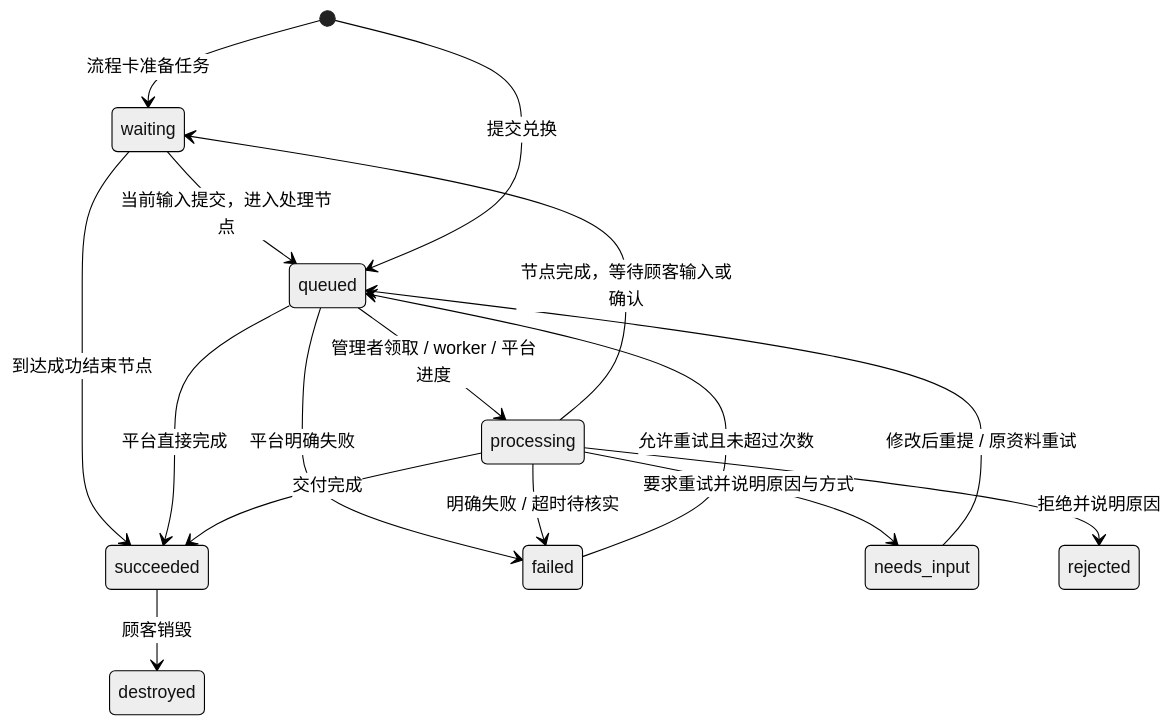
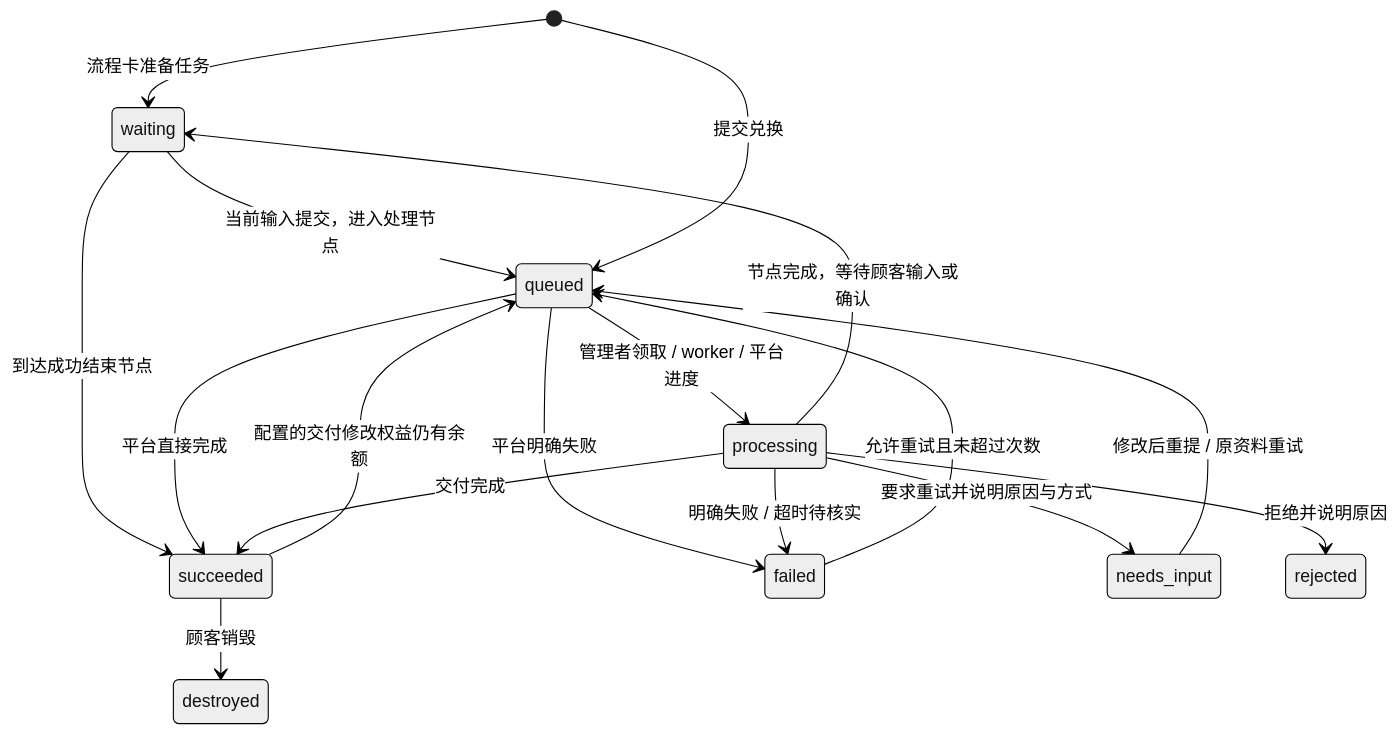
Before and after one commit to TokenNotIncluded/extore: the diagram in docs/protocol.md, drawn with Mermaid (neutral theme). The commit also changed other lines of this file and 58 other files, not shown here.

````diff
--- a/docs/protocol.md
+++ b/docs/protocol.md
@@ -32,18 +32,19 @@
 ```mermaid
 stateDiagram-v2
   [*] --> waiting: 流程卡准备任务
   waiting --> queued: 当前输入提交，进入处理节点
   processing --> waiting: 节点完成，等待顾客输入或确认
   waiting --> succeeded: 到达成功结束节点
   [*] --> queued: 提交兑换
   queued --> processing: 管理者领取 / worker / 平台进度
   queued --> succeeded: 平台直接完成
   queued --> failed: 平台明确失败
   processing --> succeeded: 交付完成
   processing --> failed: 明确失败 / 超时待核实
   processing --> needs_input: 要求重试并说明原因与方式
   needs_input --> queued: 修改后重提 / 原资料重试
   processing --> rejected: 拒绝并说明原因
   failed --> queued: 允许重试且未超过次数
   succeeded --> destroyed: 顾客销毁
+  succeeded --> queued: 配置的交付修改权益仍有余额
 ```
````
